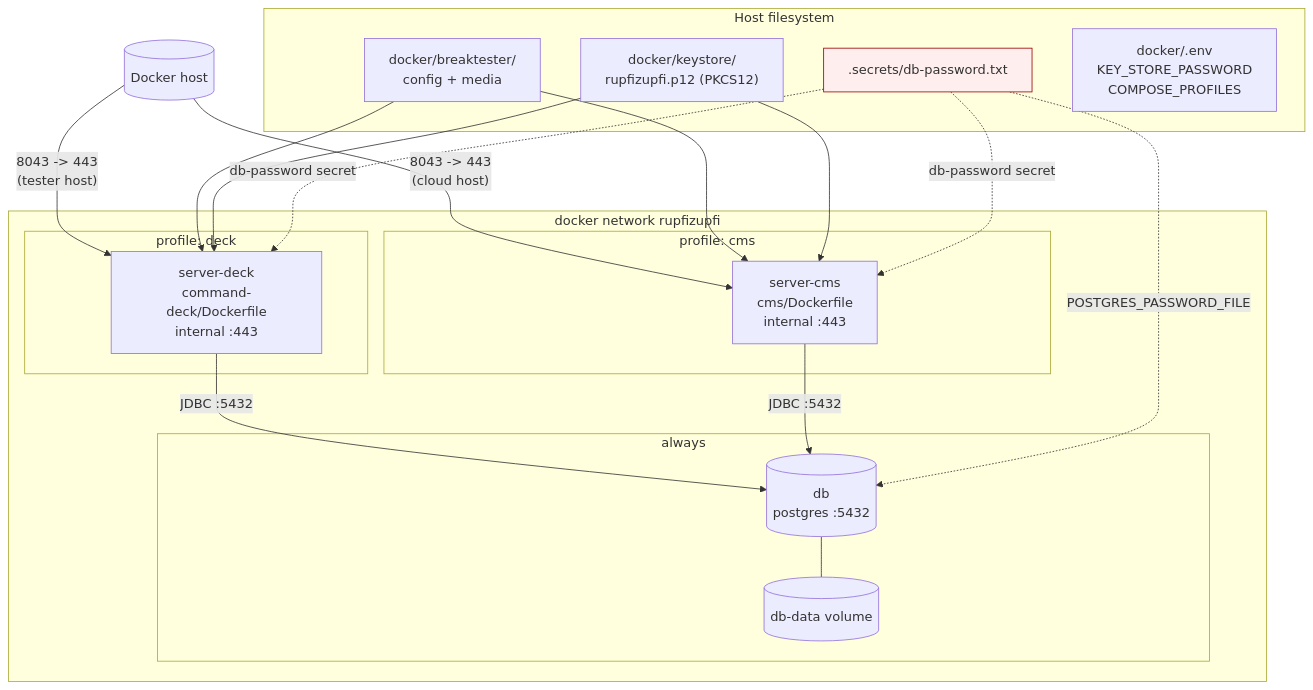
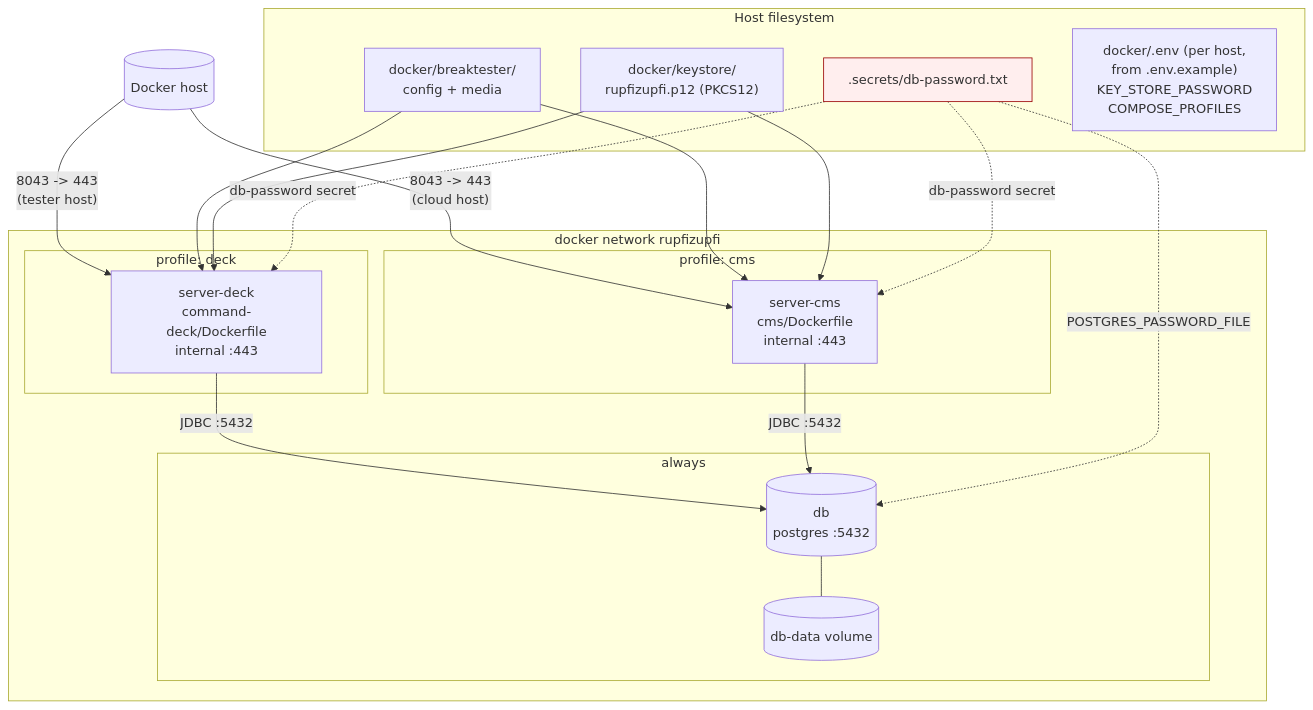
The diagram in doc/05-ops/docker-and-profiles.md (rupfizupfi/breaktest-command-deck), drawn with Mermaid before and after one commit. The commit also changed other lines of this file and 9 other files, not shown here.

First line of the commit message:
fix: untrack docker/.env and show where a staged driver came from

````diff
--- a/doc/05-ops/docker-and-profiles.md
+++ b/doc/05-ops/docker-and-profiles.md
@@ -56,43 +56,43 @@
 ```mermaid
 flowchart TB
     Host[("Docker host")]
 
     subgraph HostFS["Host filesystem"]
         BT["docker/breaktester/<br/>config + media"]
         KS["docker/keystore/<br/>rupfizupfi.p12 (PKCS12)"]
         SEC[".secrets/db-password.txt"]
-        ENV["docker/.env<br/>KEY_STORE_PASSWORD<br/>COMPOSE_PROFILES"]
+        ENV["docker/.env (per host,<br/>from .env.example)<br/>KEY_STORE_PASSWORD<br/>COMPOSE_PROFILES"]
     end
 
     subgraph Net["docker network rupfizupfi"]
         subgraph DeckProfile["profile: deck"]
             SD["server-deck<br/>command-deck/Dockerfile<br/>internal :443"]
         end
         subgraph CmsProfile["profile: cms"]
             SC["server-cms<br/>cms/Dockerfile<br/>internal :443"]
         end
         subgraph Always["always"]
             DB[("db<br/>postgres :5432")]
             DBV[(db-data volume)]
         end
     end
 
     Host -- "8043 -> 443<br/>(tester host)" --> SD
     Host -- "8043 -> 443<br/>(cloud host)" --> SC
 
     SD -- "JDBC :5432" --> DB
     SC -- "JDBC :5432" --> DB
     DB --- DBV
 
     BT --> SD
     BT --> SC
     KS --> SD
     KS --> SC
 
     SEC -. db-password secret .-> SD
     SEC -. db-password secret .-> SC
     SEC -. POSTGRES_PASSWORD_FILE .-> DB
 
     classDef secret fill:#fee,stroke:#900
     class SEC secret
 ```
````
